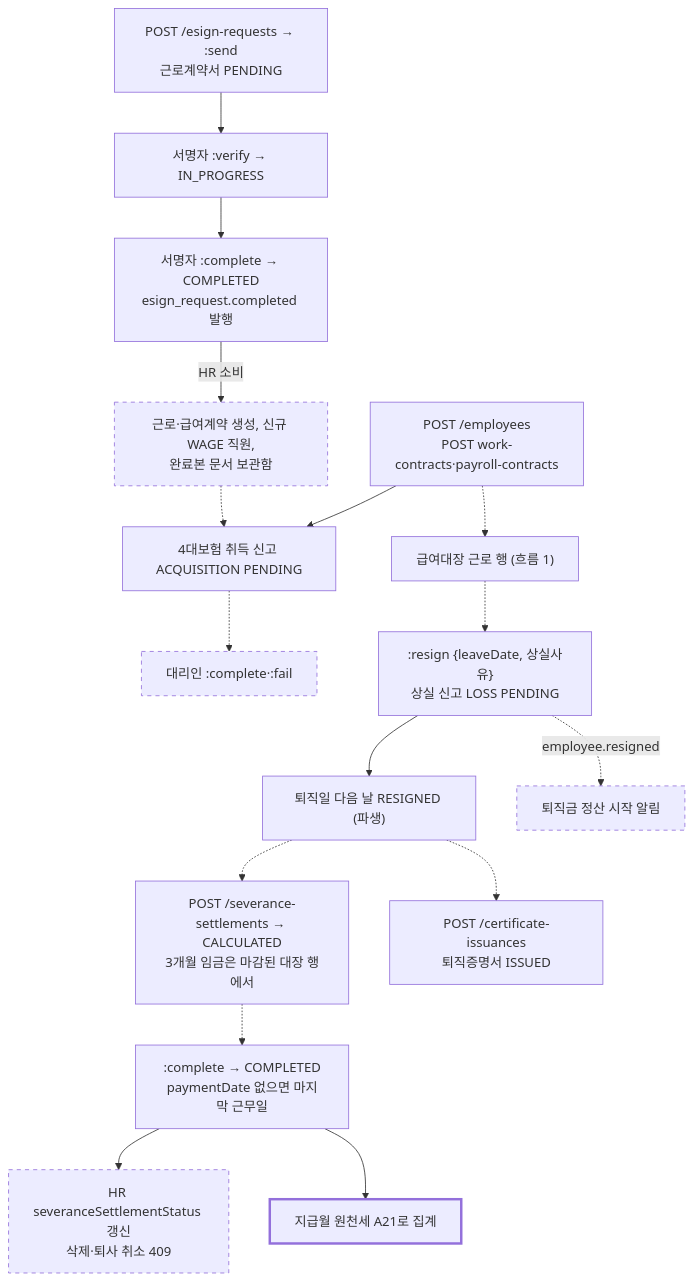
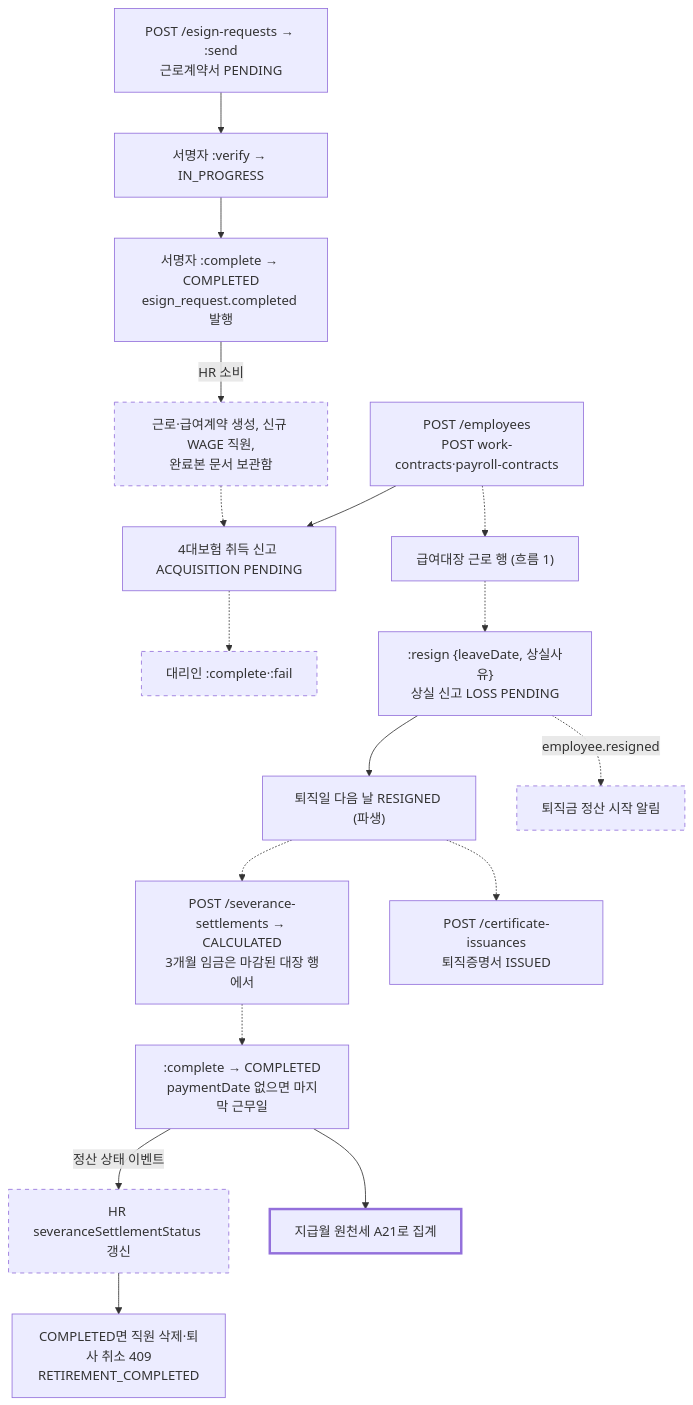
One commit to cbcruk/semu changed the second of 3 diagrams in docs/design/lifecycles.md. Above: the diagram before and after it, drawn with Mermaid. The commit also changed other lines of this file and 2 other files, not shown here.

````diff
--- a/docs/design/lifecycles.md
+++ b/docs/design/lifecycles.md
@@ -93,20 +93,21 @@
 ```mermaid
 flowchart TD
   esign["POST /esign-requests → :send<br/>근로계약서 PENDING"] --> verify["서명자 :verify → IN_PROGRESS"]
   verify --> complete["서명자 :complete → COMPLETED<br/>esign_request.completed 발행"]
   complete -- "HR 소비" --> hrmake["근로·급여계약 생성, 신규 WAGE 직원,<br/>완료본 문서 보관함"]:::todo
   manual["POST /employees<br/>POST work-contracts·payroll-contracts"] --> acq["4대보험 취득 신고 ACQUISITION PENDING"]
   hrmake -.-> acq
   acq -.-> agentdo["대리인 :complete·:fail"]:::todo
   manual -.-> payroll["급여대장 근로 행 (흐름 1)"]
   payroll -.-> resign[":resign {leaveDate, 상실사유}<br/>상실 신고 LOSS PENDING"]
   resign --> resigned["퇴직일 다음 날 RESIGNED (파생)"]
   resign -. "employee.resigned" .-> start["퇴직금 정산 시작 알림"]:::todo
   resigned -.-> sev["POST /severance-settlements → CALCULATED<br/>3개월 임금은 마감된 대장 행에서"]
   sev -.-> sevdone[":complete → COMPLETED<br/>paymentDate 없으면 마지막 근무일"]
-  sevdone --> hrstatus["HR severanceSettlementStatus 갱신<br/>삭제·퇴사 취소 409"]:::todo
+  sevdone -- "정산 상태 이벤트" --> hrstatus["HR severanceSettlementStatus 갱신"]:::todo
+  hrstatus --> guard["COMPLETED면 직원 삭제·퇴사 취소 409<br/>RETIREMENT_COMPLETED"]
   sevdone --> a21["지급월 원천세 A21로 집계"]:::open
   resigned -.-> cert["POST /certificate-issuances<br/>퇴직증명서 ISSUED"]
   classDef todo stroke-dasharray: 5 5
   classDef open stroke-width: 3px
 ```
````
